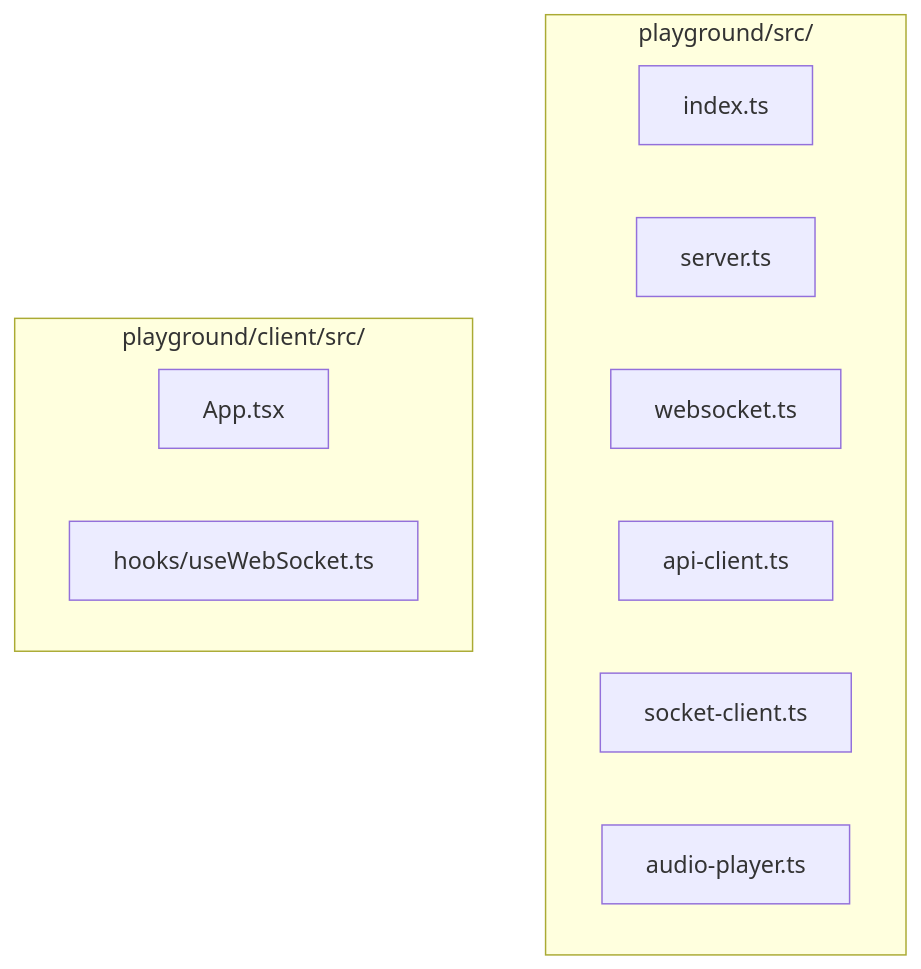
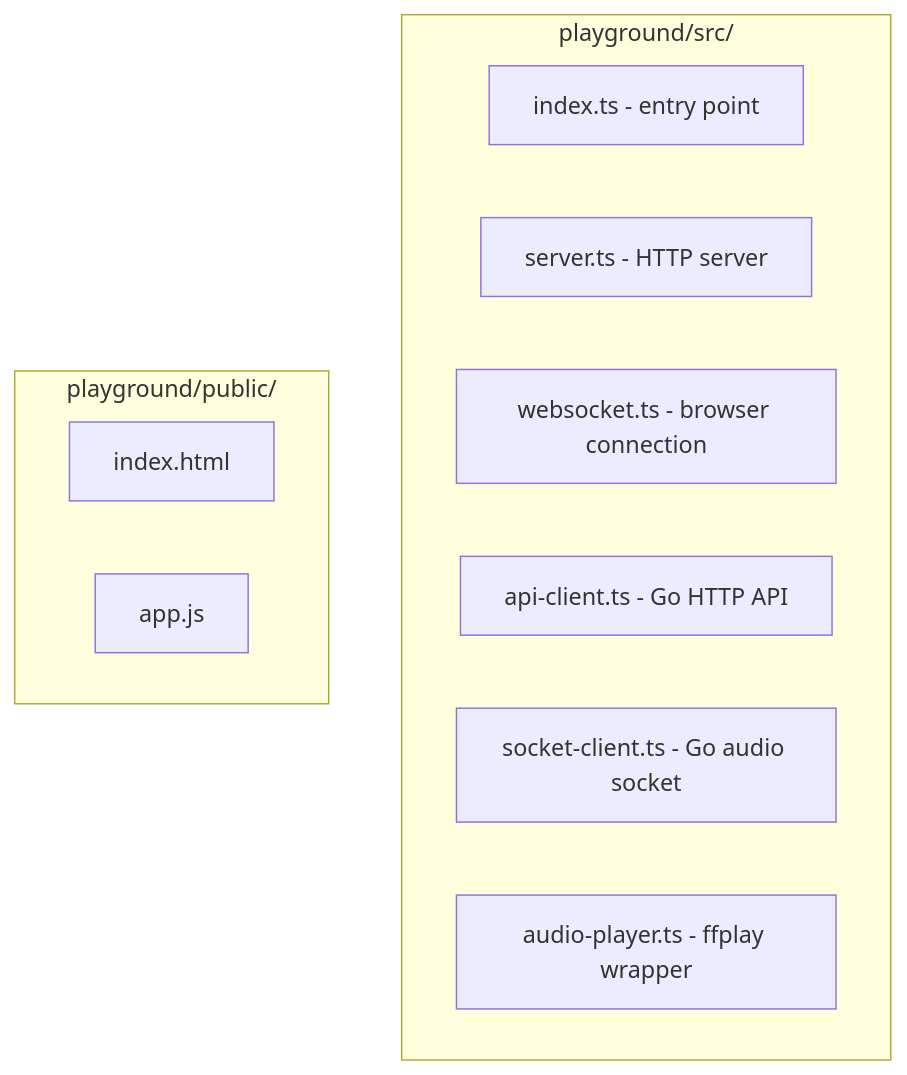
One commit to thewind121212/natashi changed the fourth of 9 diagrams in .claude/skills/topic-planning/SKILL.md. Above: the diagram before and after it, drawn with Mermaid. The commit also changed other lines of this file and 3 other files, not shown here.

````diff
--- a/.claude/skills/topic-planning/SKILL.md
+++ b/.claude/skills/topic-planning/SKILL.md
@@ -152,16 +151,16 @@
 ```mermaid
 flowchart TB
     subgraph NodeJS["playground/src/"]
-        INDEX[index.ts]
-        SERVER[server.ts]
-        WEBSOCKET[websocket.ts]
-        API_CLIENT[api-client.ts]
-        SOCKET_CLIENT[socket-client.ts]
-        AUDIO_PLAYER[audio-player.ts]
+        INDEX[index.ts - entry point]
+        SERVER[server.ts - HTTP server]
+        WEBSOCKET[websocket.ts - browser connection]
+        API_CLIENT[api-client.ts - Go HTTP API]
+        SOCKET_CLIENT[socket-client.ts - Go audio socket]
+        AUDIO_PLAYER[audio-player.ts - ffplay wrapper]
     end
 
-    subgraph React["playground/client/src/"]
-        APP[App.tsx]
-        HOOKS[hooks/useWebSocket.ts]
+    subgraph WebUI["playground/public/"]
+        HTML[index.html]
+        JS[app.js]
     end
 ```
````
